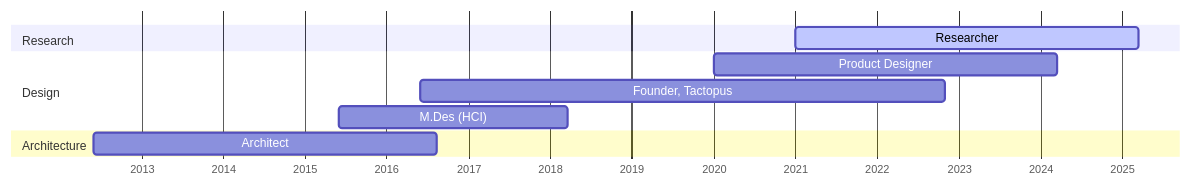
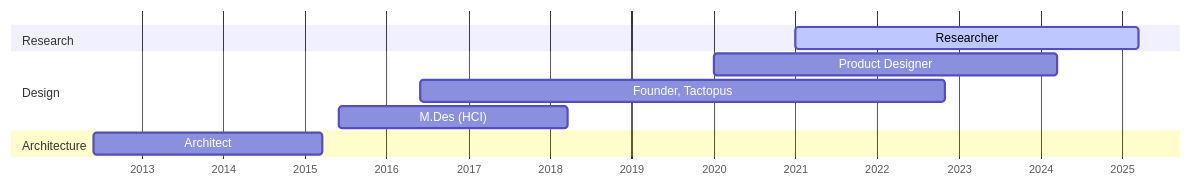
Before and after one commit to dialectic-lab/C-drive: the diagram in content/index.md, drawn with Mermaid. The commit also changed other lines of this file and 2 other files, not shown here.

````diff
--- a/content/index.md
+++ b/content/index.md
@@ -16,15 +16,15 @@
 ```mermaid
 	gantt
     dateFormat  YYYY-MM
     axisFormat %Y
     excludes    weekends
     todayMarker stroke-width:2px,stroke:#0f0,opacity:0.5
     section Research
         Researcher         :active, 2021-01, 2024-01
     section Design
         Product Designer   :2020-01, 2023-01
 	    Founder, Tactopus  :2016-06, 2021-01
-        M.Des (HCI)        :after a1, 2015-06, 2017-06
+        M.Des (HCI)        :2015-06, 2017-06
     section Architecture
-	    Architect         :a1, 2012-06, 2015-06
+	    Architect         :2012-06, 2014-06
 ```
````
